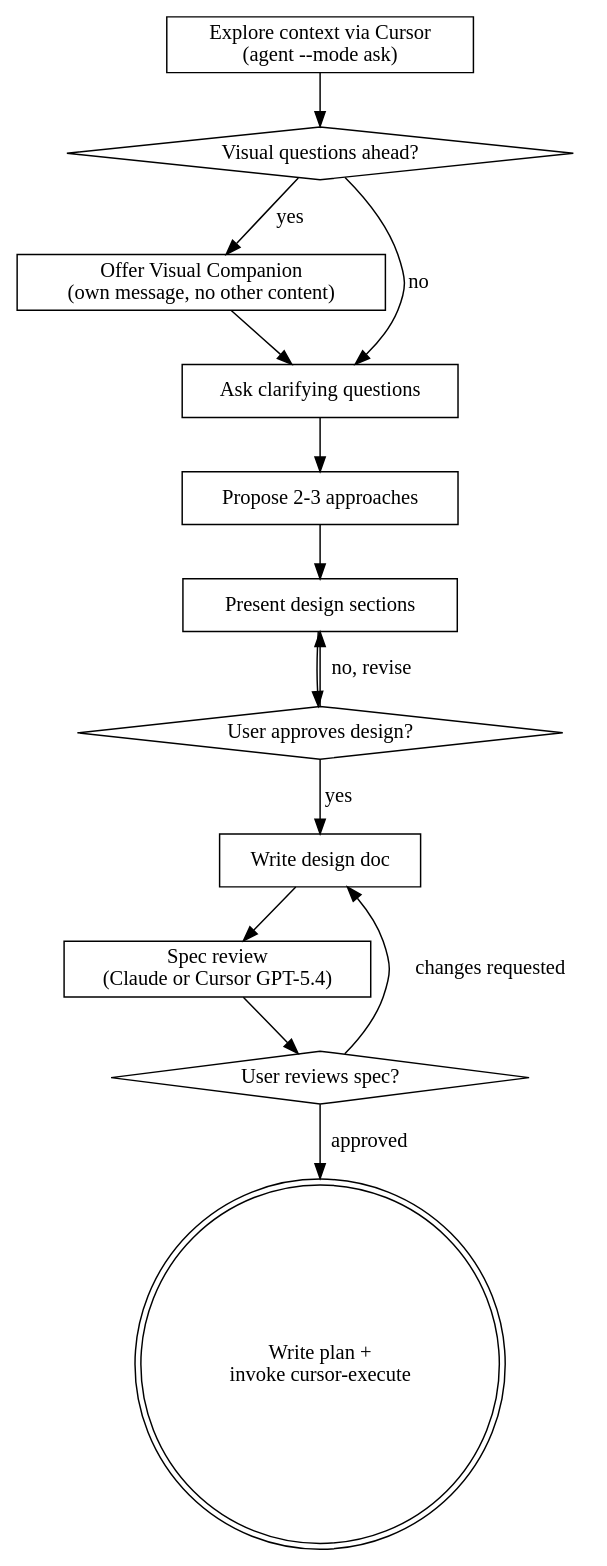
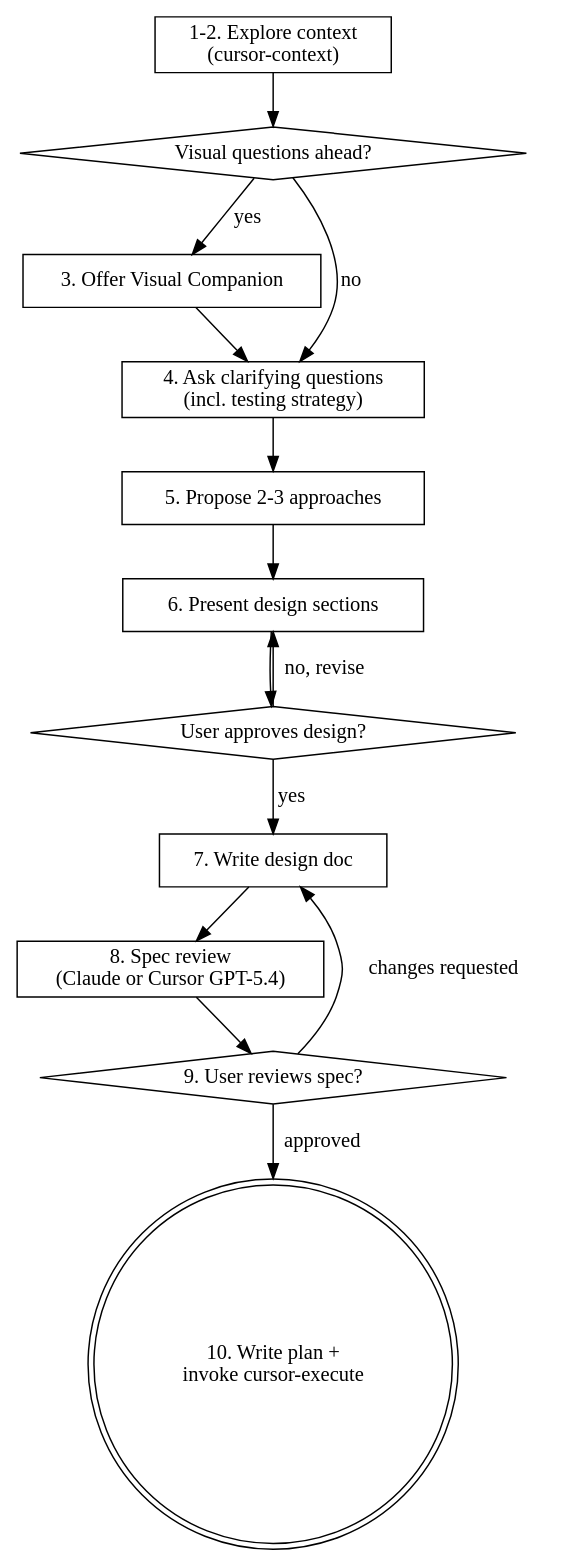
Before and after one commit to naim-houes/cursor-tools-plugin: the diagram in skills/cursor-brainstorm/SKILL.md, drawn with Graphviz. The commit also changed other lines of this file, not shown here.

Commit message:
fix: align phase numbers with checklist in cursor-brainstorm
Phases now match 1-10 checklist exactly:
- Phases 1-2: Explore context (cursor-context)
- Phases 3-6: Design dialogue (visual companion, questions, approaches, design)
- Phase 7: Write design doc
- Phase 8: Spec review
- Phase 9: User reviews spec
- Phase 10: Write plan + transition to cursor-execute

Also updated graphviz diagram to match new numbering.

````diff
--- a/skills/cursor-brainstorm/SKILL.md
+++ b/skills/cursor-brainstorm/SKILL.md
@@ -52,29 +52,29 @@
 ```dot
 digraph brainstorming {
-    "Explore context via Cursor\n(agent --mode ask)" [shape=box];
+    "1-2. Explore context\n(cursor-context)" [shape=box];
     "Visual questions ahead?" [shape=diamond];
-    "Offer Visual Companion\n(own message, no other content)" [shape=box];
-    "Ask clarifying questions" [shape=box];
-    "Propose 2-3 approaches" [shape=box];
-    "Present design sections" [shape=box];
+    "3. Offer Visual Companion" [shape=box];
+    "4. Ask clarifying questions\n(incl. testing strategy)" [shape=box];
+    "5. Propose 2-3 approaches" [shape=box];
+    "6. Present design sections" [shape=box];
     "User approves design?" [shape=diamond];
-    "Write design doc" [shape=box];
-    "Spec review\n(Claude or Cursor GPT-5.4)" [shape=box];
-    "User reviews spec?" [shape=diamond];
-    "Write plan +\ninvoke cursor-execute" [shape=doublecircle];
+    "7. Write design doc" [shape=box];
+    "8. Spec review\n(Claude or Cursor GPT-5.4)" [shape=box];
+    "9. User reviews spec?" [shape=diamond];
+    "10. Write plan +\ninvoke cursor-execute" [shape=doublecircle];
 
-    "Explore context via Cursor\n(agent --mode ask)" -> "Visual questions ahead?";
-    "Visual questions ahead?" -> "Offer Visual Companion\n(own message, no other content)" [label="yes"];
-    "Visual questions ahead?" -> "Ask clarifying questions" [label="no"];
-    "Offer Visual Companion\n(own message, no other content)" -> "Ask clarifying questions";
-    "Ask clarifying questions" -> "Propose 2-3 approaches";
-    "Propose 2-3 approaches" -> "Present design sections";
-    "Present design sections" -> "User approves design?";
-    "User approves design?" -> "Present design sections" [label="no, revise"];
-    "User approves design?" -> "Write design doc" [label="yes"];
-    "Write design doc" -> "Spec review\n(Claude or Cursor GPT-5.4)";
-    "Spec review\n(Claude or Cursor GPT-5.4)" -> "User reviews spec?";
-    "User reviews spec?" -> "Write design doc" [label="changes requested"];
-    "User reviews spec?" -> "Write plan +\ninvoke cursor-execute" [label="approved"];
+    "1-2. Explore context\n(cursor-context)" -> "Visual questions ahead?";
+    "Visual questions ahead?" -> "3. Offer Visual Companion" [label="yes"];
+    "Visual questions ahead?" -> "4. Ask clarifying questions\n(incl. testing strategy)" [label="no"];
+    "3. Offer Visual Companion" -> "4. Ask clarifying questions\n(incl. testing strategy)";
+    "4. Ask clarifying questions\n(incl. testing strategy)" -> "5. Propose 2-3 approaches";
+    "5. Propose 2-3 approaches" -> "6. Present design sections";
+    "6. Present design sections" -> "User approves design?";
+    "User approves design?" -> "6. Present design sections" [label="no, revise"];
+    "User approves design?" -> "7. Write design doc" [label="yes"];
+    "7. Write design doc" -> "8. Spec review\n(Claude or Cursor GPT-5.4)";
+    "8. Spec review\n(Claude or Cursor GPT-5.4)" -> "9. User reviews spec?";
+    "9. User reviews spec?" -> "7. Write design doc" [label="changes requested"];
+    "9. User reviews spec?" -> "10. Write plan +\ninvoke cursor-execute" [label="approved"];
 }
 ```
````
